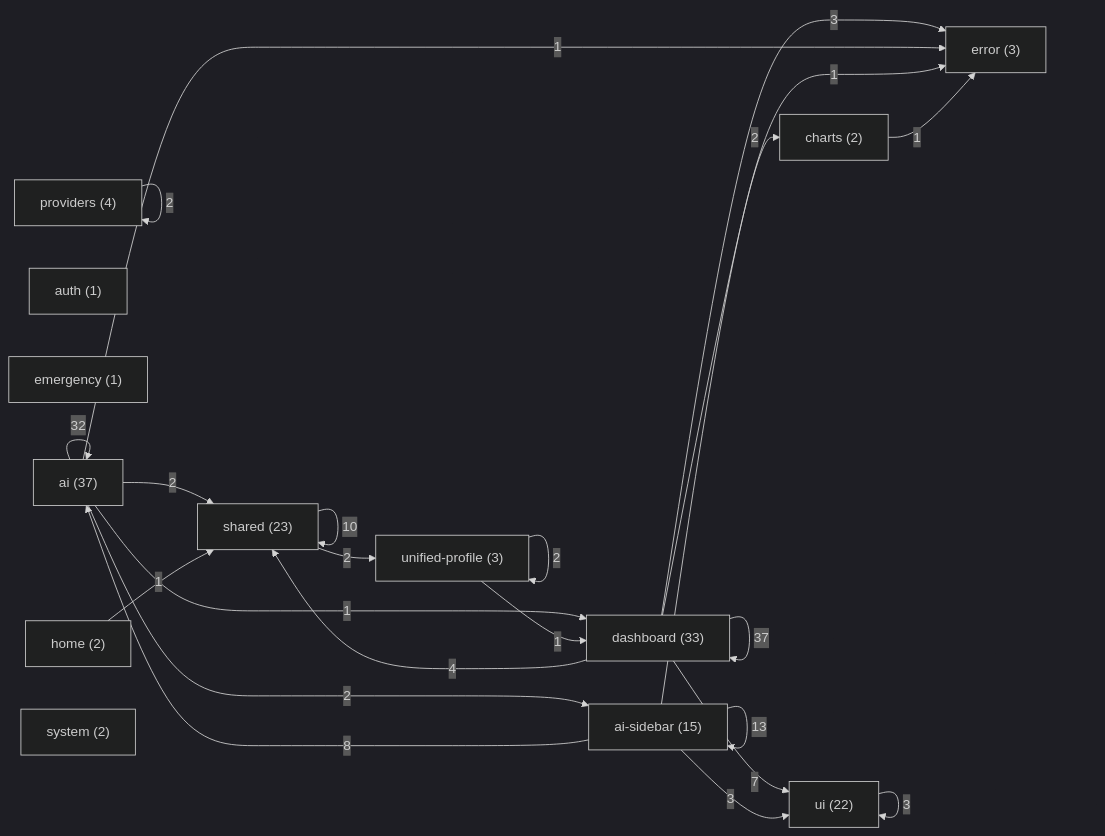
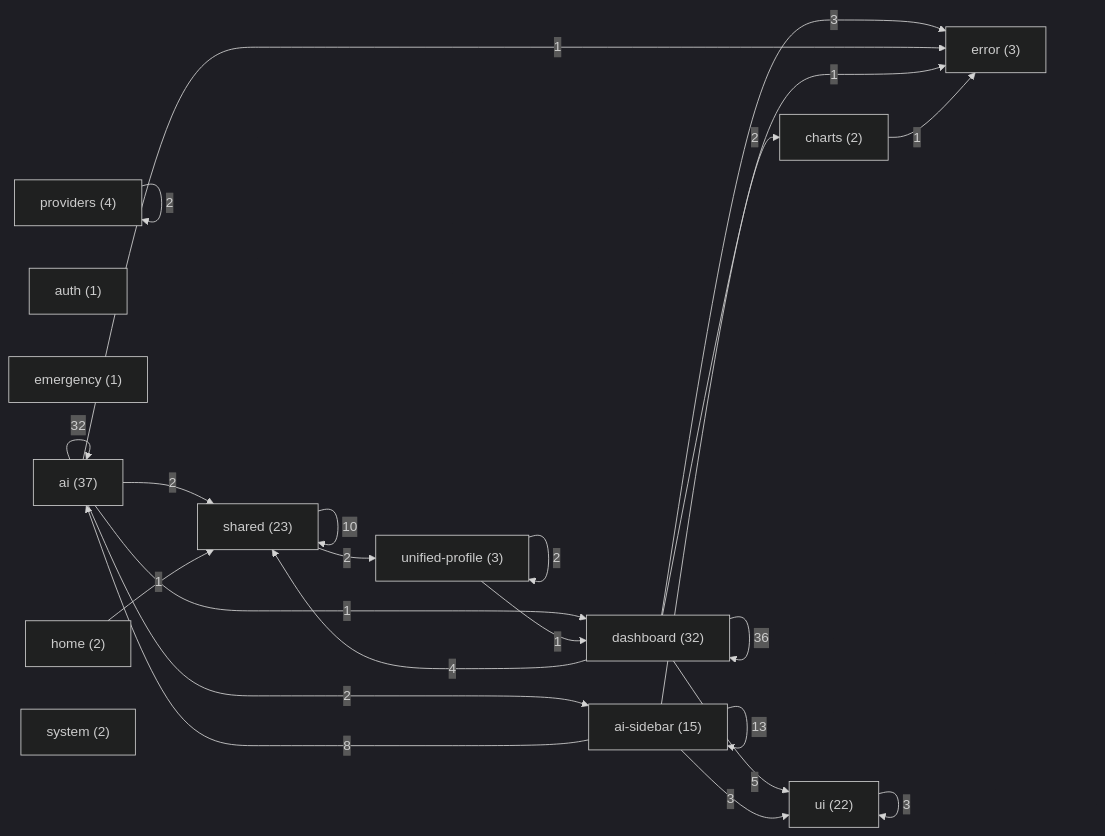
One commit to skyasu2/openmanager-ai changed the diagram in docs/reference/architecture/system/component-dependency-map.md. Above: the diagram before and after it, drawn with Mermaid (dark theme). The commit also changed other lines of this file and 1 other file, not shown here.

Commit message:
docs(architecture): update component dependency map

````diff
--- a/docs/reference/architecture/system/component-dependency-map.md
+++ b/docs/reference/architecture/system/component-dependency-map.md
@@ -66,38 +66,38 @@
 ```mermaid
 flowchart LR
   d0["ai (37)"]
   d1["ai-sidebar (15)"]
   d2["auth (1)"]
   d3["charts (2)"]
-  d4["dashboard (33)"]
+  d4["dashboard (32)"]
   d5["emergency (1)"]
   d6["error (3)"]
   d7["home (2)"]
   d8["providers (4)"]
   d9["shared (23)"]
   d10["system (2)"]
   d11["ui (22)"]
   d12["unified-profile (3)"]
-  d4 -->|37| d4
+  d4 -->|36| d4
   d0 -->|32| d0
   d1 -->|13| d1
   d9 -->|10| d9
   d1 -->|8| d0
-  d4 -->|7| d11
+  d4 -->|5| d11
   d4 -->|4| d9
   d1 -->|3| d11
   d4 -->|3| d6
   d11 -->|3| d11
   d0 -->|2| d1
   d0 -->|2| d9
   d4 -->|2| d3
   d8 -->|2| d8
   d9 -->|2| d12
   d12 -->|2| d12
   d0 -->|1| d4
   d0 -->|1| d6
   d1 -->|1| d6
   d3 -->|1| d6
   d7 -->|1| d9
   d12 -->|1| d4
 ```
````
